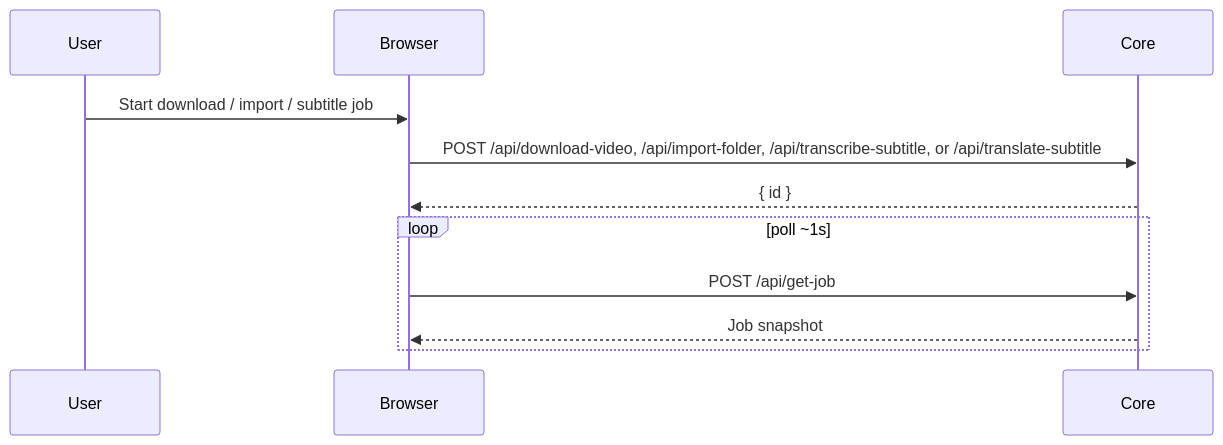
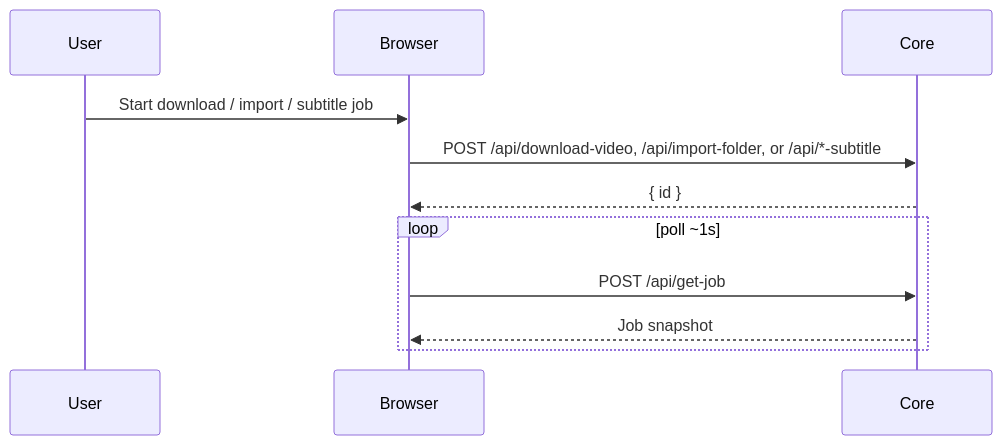
One commit to lawrenceching/SMM changed the diagram in docs/dev/job.md. Above: the diagram before and after it, drawn with Mermaid. The commit also changed other lines of this file and 1 other file, not shown here.

````diff
--- a/docs/dev/job.md
+++ b/docs/dev/job.md
@@ -81,14 +97,14 @@
 ```mermaid
 sequenceDiagram
   participant U as User
   participant B as Browser
   participant C as Core
 
   U->>B: Start download / import / subtitle job
-  B->>C: POST /api/download-video, /api/import-folder, /api/transcribe-subtitle, or /api/translate-subtitle
+  B->>C: POST /api/download-video, /api/import-folder, or /api/*-subtitle
   C-->>B: { id }
   loop poll ~1s
     B->>C: POST /api/get-job
     C-->>B: Job snapshot
   end
 ```
````
